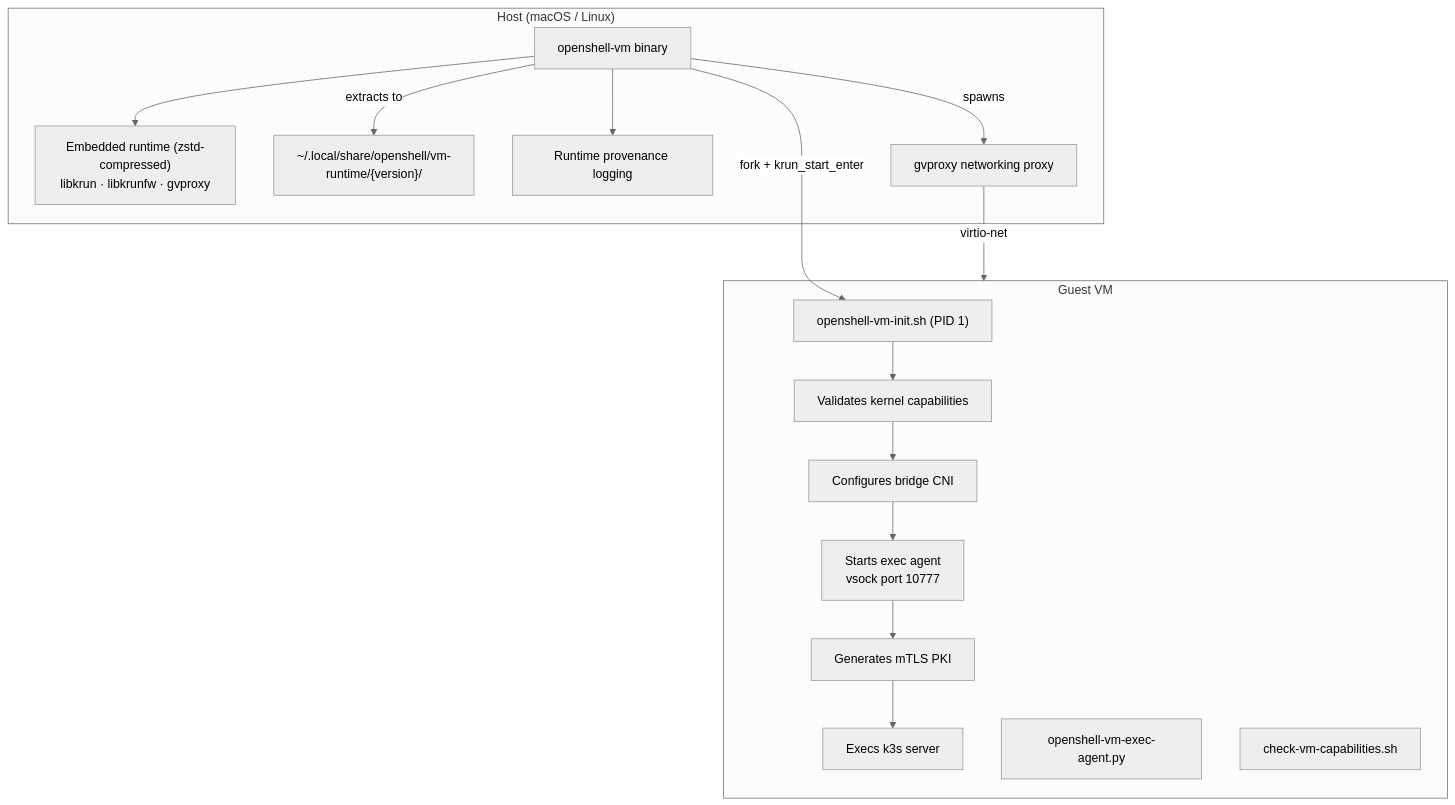
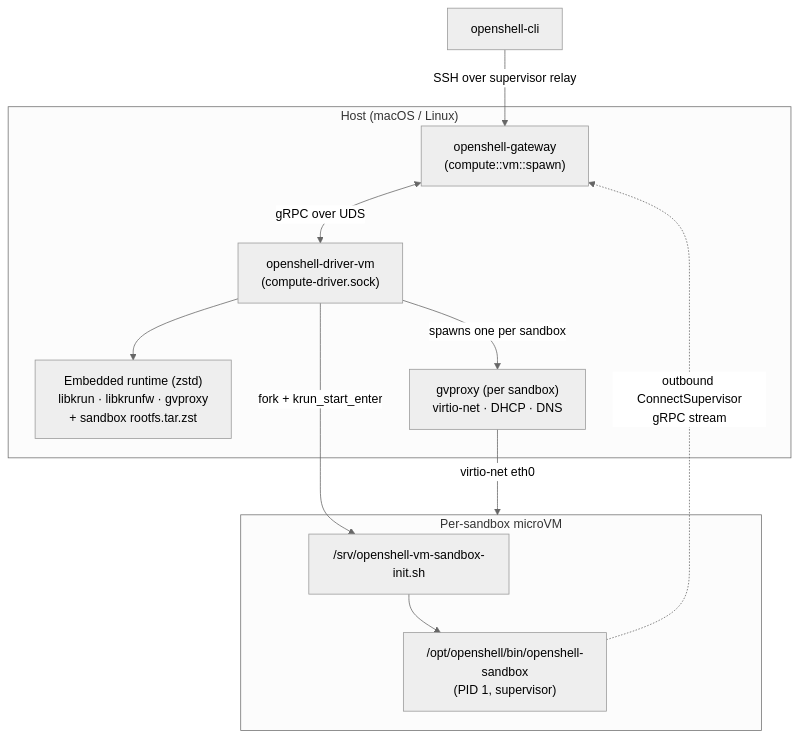
One commit to st-gr/OpenShell changed the first of 2 diagrams in architecture/custom-vm-runtime.md. Above: the diagram before and after it, drawn with Mermaid (neutral theme). The commit also changed other lines of this file and 22 other files, not shown here.

Commit message:
feat(server,driver-vm,e2e): gateway-owned readiness + VM compute driver e2e (#901)

````diff
--- a/architecture/custom-vm-runtime.md
+++ b/architecture/custom-vm-runtime.md
@@ -19,31 +28,24 @@
 ```mermaid
 graph TD
     subgraph Host["Host (macOS / Linux)"]
-        BIN[openshell-vm binary]
-        EMB["Embedded runtime (zstd-compressed)\nlibkrun · libkrunfw · gvproxy"]
-        CACHE["~/.local/share/openshell/vm-runtime/{version}/"]
-        PROV[Runtime provenance logging]
-        GVP[gvproxy networking proxy]
+        GATEWAY["openshell-gateway<br/>(compute::vm::spawn)"]
+        DRIVER["openshell-driver-vm<br/>(compute-driver.sock)"]
+        EMB["Embedded runtime (zstd)<br/>libkrun · libkrunfw · gvproxy<br/>+ sandbox rootfs.tar.zst"]
+        GVP["gvproxy (per sandbox)<br/>virtio-net · DHCP · DNS"]
 
-        BIN --> EMB
-        BIN -->|extracts to| CACHE
-        BIN --> PROV
-        BIN -->|spawns| GVP
+        GATEWAY <-->|gRPC over UDS| DRIVER
+        DRIVER --> EMB
+        DRIVER -->|spawns one per sandbox| GVP
     end
 
-    subgraph Guest["Guest VM"]
-        INIT["openshell-vm-init.sh (PID 1)"]
-        VAL[Validates kernel capabilities]
-        CNI[Configures bridge CNI]
-        EXECA["Starts exec agent\nvsock port 10777"]
-        PKI[Generates mTLS PKI]
-        K3S[Execs k3s server]
-        EXECPY["openshell-vm-exec-agent.py"]
-        CHK["check-vm-capabilities.sh"]
-
-        INIT --> VAL --> CNI --> EXECA --> PKI --> K3S
+    subgraph Guest["Per-sandbox microVM"]
+        SBXINIT["/srv/openshell-vm-sandbox-init.sh"]
+        SBX["/opt/openshell/bin/openshell-sandbox<br/>(PID 1, supervisor)"]
+        SBXINIT --> SBX
     end
 
-    BIN -- "fork + krun_start_enter" --> INIT
-    GVP -- "virtio-net" --> Guest
+    DRIVER -- "fork + krun_start_enter" --> SBXINIT
+    GVP -- "virtio-net eth0" --> Guest
+    SBX -.->|"outbound ConnectSupervisor<br/>gRPC stream"| GATEWAY
+    CLIENT["openshell-cli"] -->|SSH over supervisor relay| GATEWAY
 ```
````
